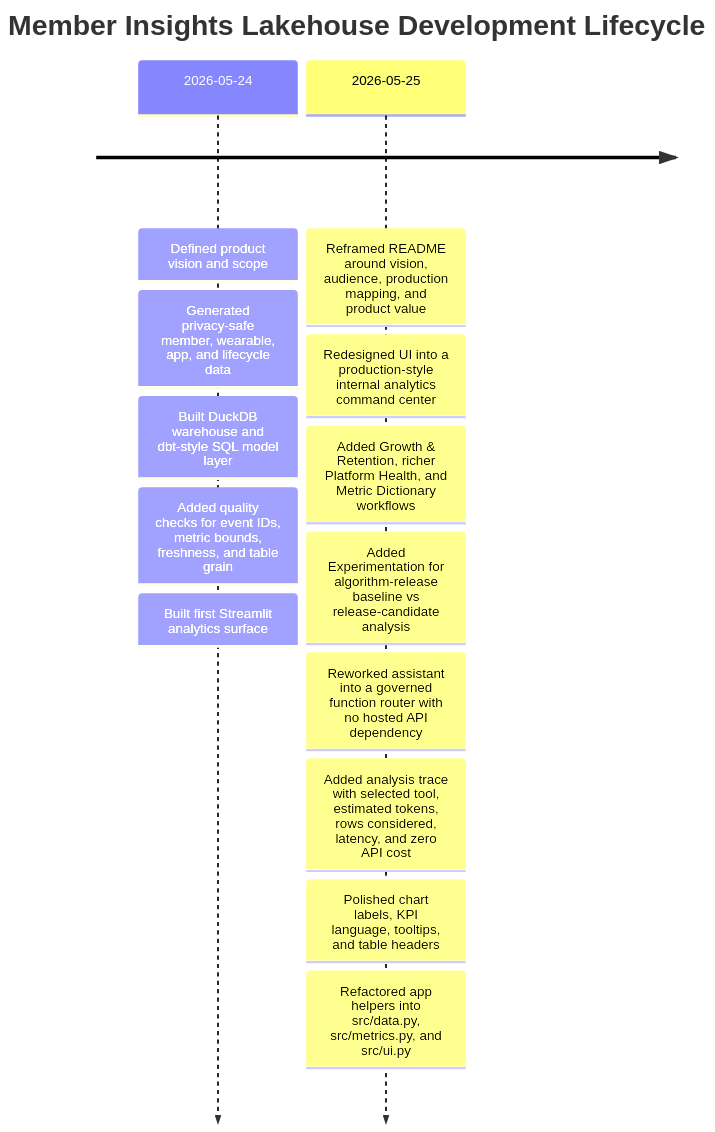
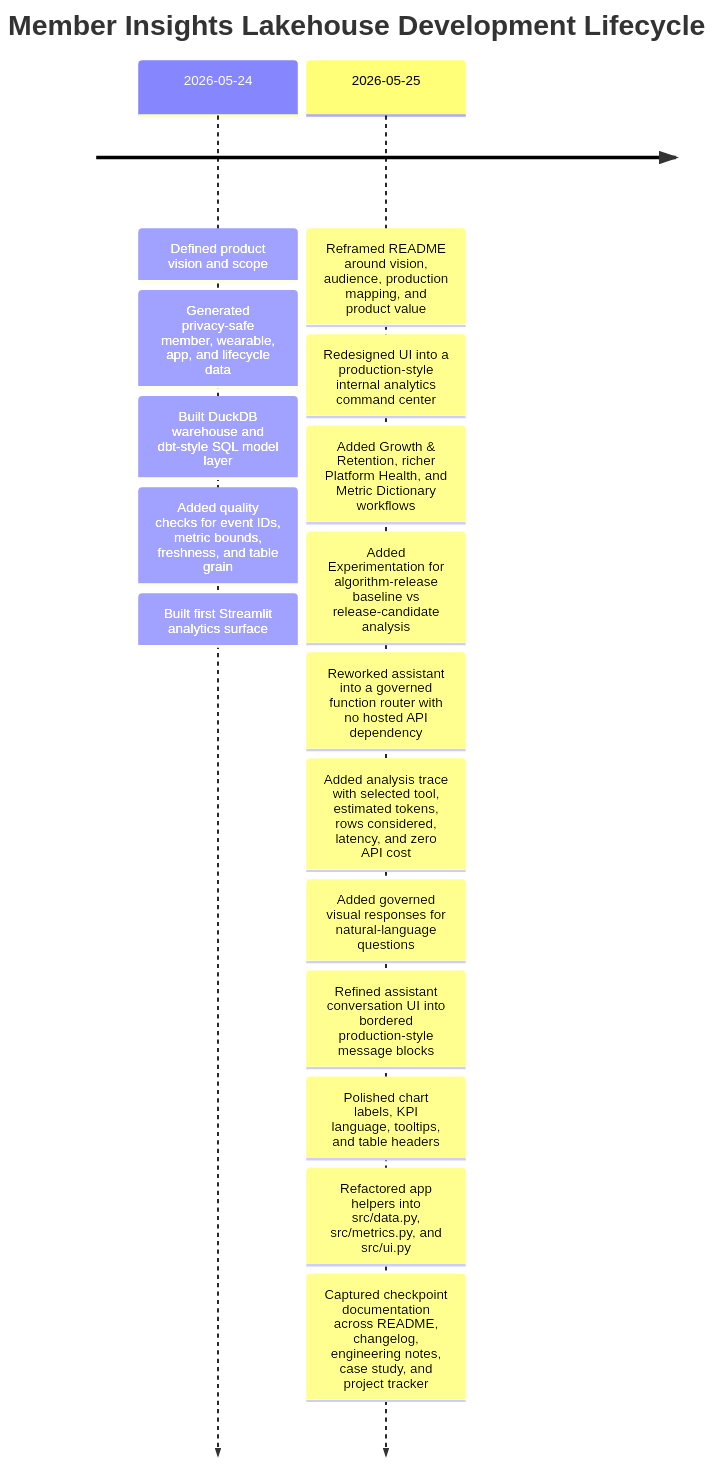
One commit to ravi-rajpurohit-gh/member-insights changed the first of 2 diagrams in docs/CASE_STUDY.md. Above: the diagram before and after it, drawn with Mermaid. The commit also changed other lines of this file and 5 other files, not shown here.

Commit message:
Document project checkpoint lifecycle

````diff
--- a/docs/CASE_STUDY.md
+++ b/docs/CASE_STUDY.md
@@ -19,17 +19,20 @@
 ```mermaid
 timeline
     title Member Insights Lakehouse Development Lifecycle
     2026-05-24 : Defined product vision and scope
                : Generated privacy-safe member, wearable, app, and lifecycle data
                : Built DuckDB warehouse and dbt-style SQL model layer
                : Added quality checks for event IDs, metric bounds, freshness, and table grain
                : Built first Streamlit analytics surface
     2026-05-25 : Reframed README around vision, audience, production mapping, and product value
                : Redesigned UI into a production-style internal analytics command center
                : Added Growth & Retention, richer Platform Health, and Metric Dictionary workflows
                : Added Experimentation for algorithm-release baseline vs release-candidate analysis
                : Reworked assistant into a governed function router with no hosted API dependency
                : Added analysis trace with selected tool, estimated tokens, rows considered, latency, and zero API cost
+               : Added governed visual responses for natural-language questions
+               : Refined assistant conversation UI into bordered production-style message blocks
                : Polished chart labels, KPI language, tooltips, and table headers
                : Refactored app helpers into src/data.py, src/metrics.py, and src/ui.py
+               : Captured checkpoint documentation across README, changelog, engineering notes, case study, and project tracker
 ```
````
